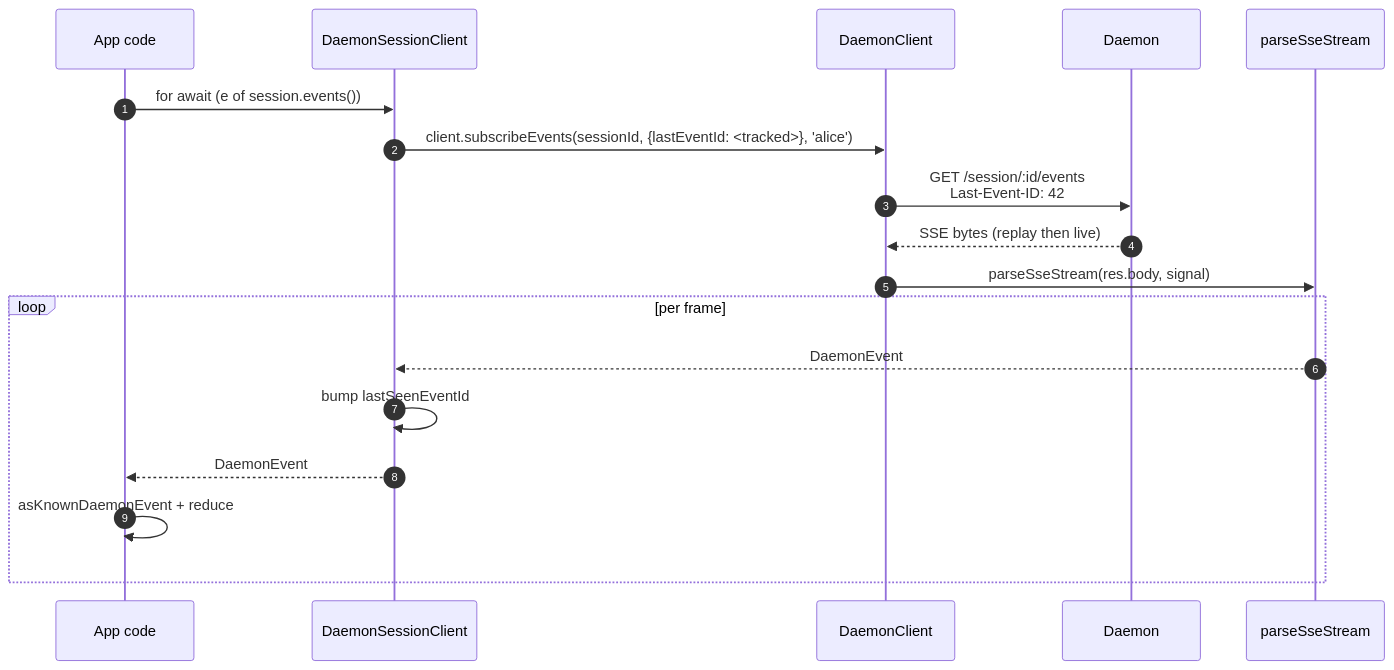
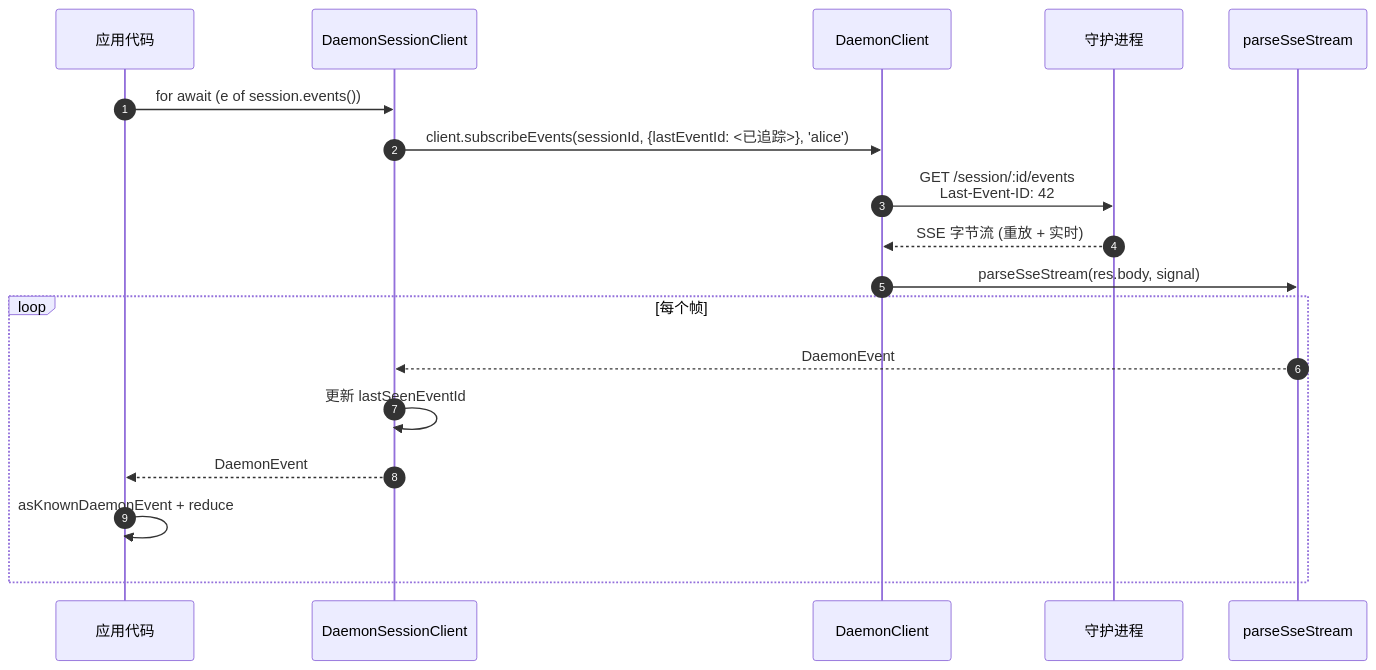
One commit to QwenLM/qwen-code-docs changed the second of 3 diagrams in website/content/zh/developers/daemon/13-sdk-daemon-client.md. Above: the diagram before and after it, drawn with Mermaid. The commit also changed other lines of this file and 1077 other files, not shown here.

````diff
--- a/website/content/zh/developers/daemon/13-sdk-daemon-client.md
+++ b/website/content/zh/developers/daemon/13-sdk-daemon-client.md
@@ -157,21 +157,21 @@
 ```mermaid
 sequenceDiagram
     autonumber
-    participant App as App code
+    participant App as 应用代码
     participant SC as DaemonSessionClient
     participant DC as DaemonClient
-    participant D as Daemon
+    participant D as 守护进程
     participant P as parseSseStream
 
     App->>SC: for await (e of session.events())
-    SC->>DC: client.subscribeEvents(sessionId, {lastEventId: <tracked>}, 'alice')
+    SC->>DC: client.subscribeEvents(sessionId, {lastEventId: <已追踪>}, 'alice')
     DC->>D: GET /session/:id/events<br/>Last-Event-ID: 42
-    D-->>DC: SSE bytes (replay then live)
+    D-->>DC: SSE 字节流 (重放 + 实时)
     DC->>P: parseSseStream(res.body, signal)
-    loop per frame
+    loop 每个帧
         P-->>SC: DaemonEvent
-        SC->>SC: bump lastSeenEventId
+        SC->>SC: 更新 lastSeenEventId
         SC-->>App: DaemonEvent
         App->>App: asKnownDaemonEvent + reduce
     end
 ```
````
